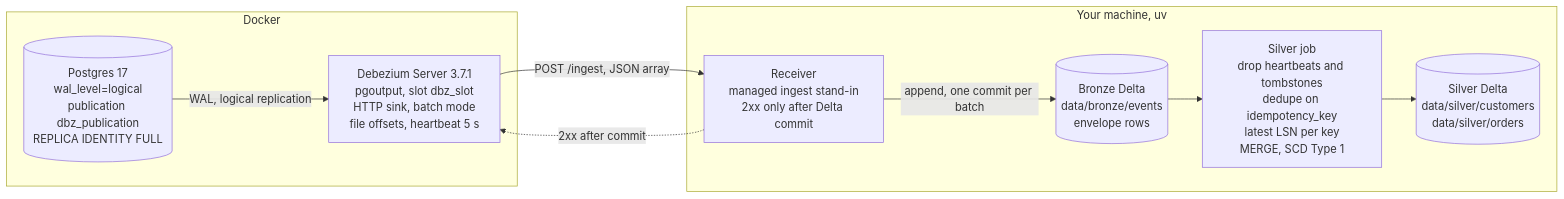
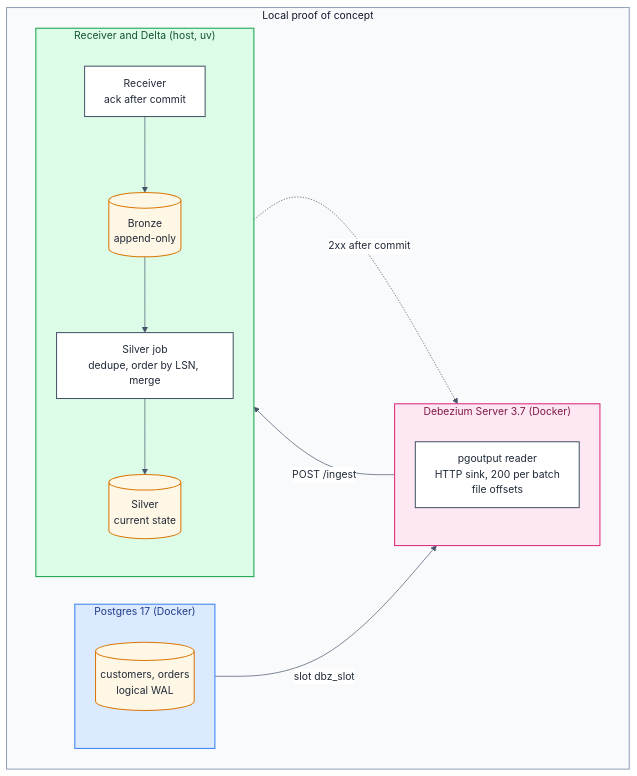
One commit to santoshshinde2012/cdc-poc changed the first of 2 diagrams in README.md. Above: the diagram before and after it, drawn with Mermaid. The commit also changed other lines of this file, not shown here.

Commit message:
README: enterprise layout with header, badges, contents, themed mermaid, results grid and collapsible output

````diff
--- a/README.md
+++ b/README.md
@@ -38,18 +52,35 @@
 ```mermaid
+%%{init: {"theme": "base", "themeVariables": {"background": "#ffffff", "primaryColor": "#ffffff", "primaryTextColor": "#1f2937", "primaryBorderColor": "#64748b", "lineColor": "#475569", "secondaryColor": "#f1f5f9", "tertiaryColor": "#f8fafc", "fontFamily": "Segoe UI, Helvetica, Arial, sans-serif", "fontSize": "15px", "clusterBkg": "#f8fafc", "clusterBorder": "#94a3b8", "titleColor": "#0f172a", "edgeLabelBackground": "#ffffff"}, "flowchart": {"curve": "basis", "padding": 14, "nodeSpacing": 40, "rankSpacing": 60}}}%%
 flowchart LR
-  subgraph docker[Docker]
-    PG[(Postgres 17<br/>wal_level=logical<br/>publication dbz_publication<br/>REPLICA IDENTITY FULL)]
-    DBZ[Debezium Server 3.7.1<br/>pgoutput, slot dbz_slot<br/>HTTP sink, batch mode<br/>file offsets, heartbeat 5 s]
+  subgraph FRAME["Local proof of concept"]
+    direction LR
+    subgraph PGZ["Postgres 17 (Docker)"]
+      direction TB
+      PG[("customers, orders<br/>logical WAL")]
+    end
+    subgraph DBZZ["Debezium Server 3.7 (Docker)"]
+      direction TB
+      DBZ["pgoutput reader<br/>HTTP sink, 200 per batch<br/>file offsets"]
+    end
+    subgraph DELTAZ["Receiver and Delta (host, uv)"]
+      direction TB
+      RCV["Receiver<br/>ack after commit"]
+      BR[("Bronze<br/>append-only")]
+      SJ["Silver job<br/>dedupe, order by LSN, merge"]
+      SV[("Silver<br/>current state")]
+      RCV --> BR --> SJ --> SV
+    end
   end
-  subgraph host[Your machine, uv]
-    RCV[Receiver<br/>managed ingest stand-in<br/>2xx only after Delta commit]
-    BR[(Bronze Delta<br/>data/bronze/events<br/>envelope rows)]
-    SJ[Silver job<br/>drop heartbeats and tombstones<br/>dedupe on idempotency_key<br/>latest LSN per key<br/>MERGE, SCD Type 1]
-    SV[(Silver Delta<br/>data/silver/customers<br/>data/silver/orders)]
-  end
-  PG -- "WAL, logical replication" --> DBZ
-  DBZ -- "POST /ingest, JSON array" --> RCV
-  RCV -- "append, one commit per batch" --> BR
-  RCV -. "2xx after commit" .-> DBZ
-  BR --> SJ --> SV
+  PG -->|"slot dbz_slot"| DBZ
+  DBZ -->|"POST /ingest"| RCV
+  RCV -.->|"2xx after commit"| DBZ
+
+  classDef store fill:#fff7e6,stroke:#d97706,stroke-width:1.5px,color:#1f2937
+  classDef proc fill:#ffffff,stroke:#475569,stroke-width:1.5px,color:#1f2937
+  class PG,BR,SV store
+  class DBZ,RCV,SJ proc
+  style FRAME fill:#f8fafc,stroke:#94a3b8,stroke-width:1.5px,color:#0f172a
+  style PGZ fill:#dbeafe,stroke:#3b82f6,stroke-width:1.5px,color:#1e3a8a
+  style DBZZ fill:#fce7f3,stroke:#db2777,stroke-width:1.5px,color:#831843
+  style DELTAZ fill:#dcfce7,stroke:#16a34a,stroke-width:1.5px,color:#14532d
 ```
````
